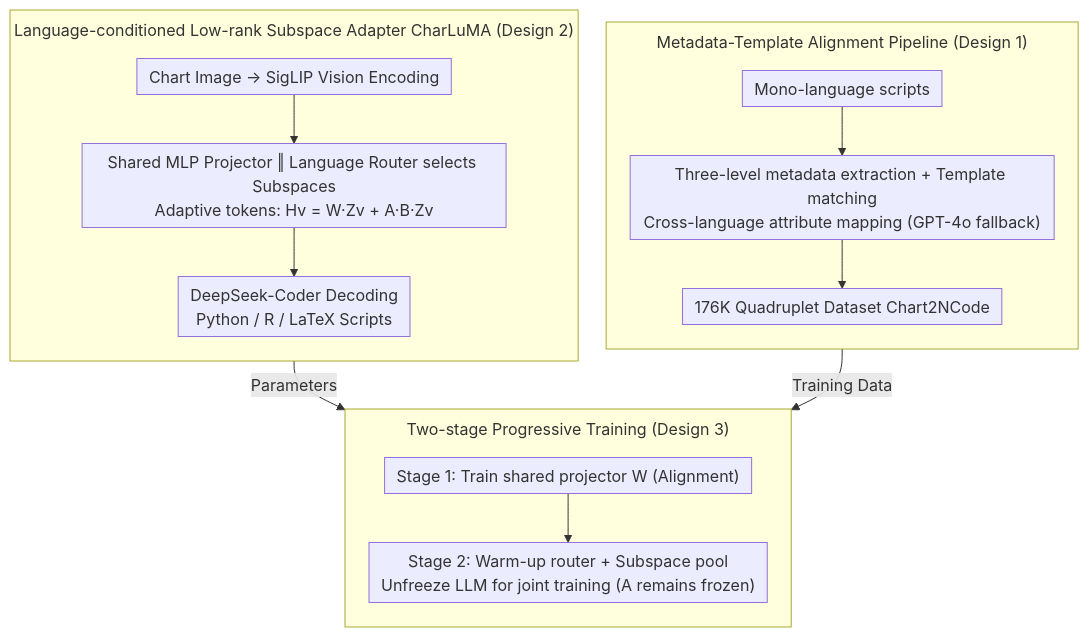
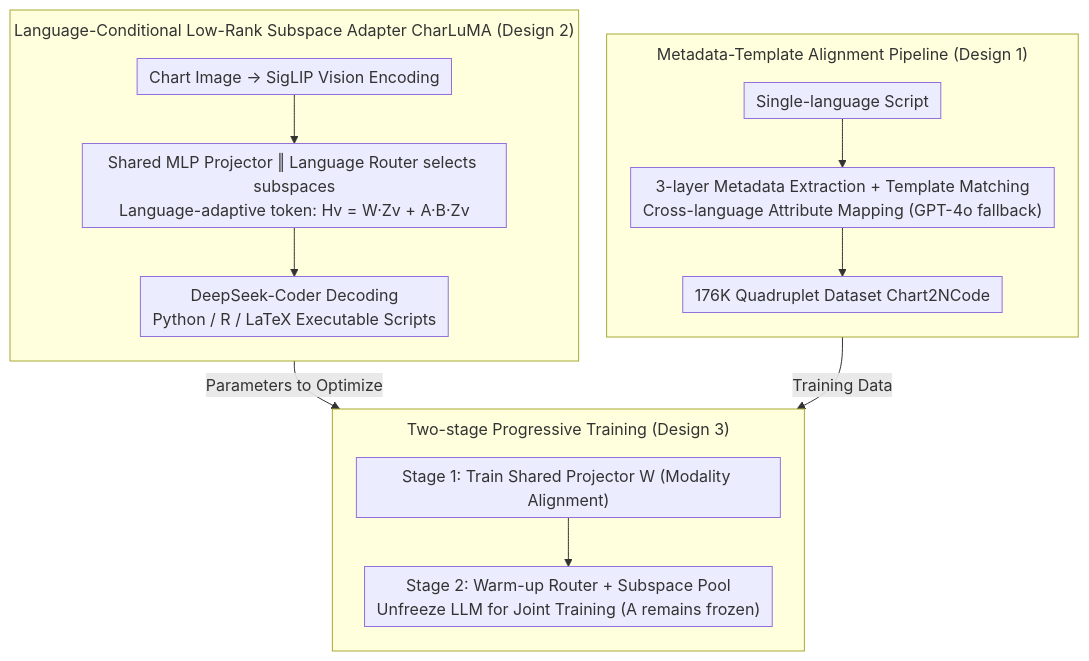
Before and after one commit to zhaoyang97/Paper-Notes-en: the diagram in docs/ACL2026/multimodal_vlm/aligned_multi-view_scripts_for_universal_chart-to-code_generation.md, drawn with Mermaid. The commit also changed other lines of this file and 5084 other files, not shown here.

````diff
--- a/docs/ACL2026/multimodal_vlm/aligned_multi-view_scripts_for_universal_chart-to-code_generation.md
+++ b/docs/ACL2026/multimodal_vlm/aligned_multi-view_scripts_for_universal_chart-to-code_generation.md
@@ -45,20 +45,20 @@
 ```mermaid
 %%{init: {'flowchart': {'rankSpacing': 24, 'nodeSpacing': 28, 'padding': 6, 'wrappingWidth': 400, 'subGraphTitleMargin': {'top': 8, 'bottom': 16}}}}%%
 flowchart TD
     subgraph DATA["Metadata-Template Alignment Pipeline (Design 1)"]
         direction TB
-        A["Mono-language scripts"] --> B["Three-level metadata extraction + Template matching<br/>Cross-language attribute mapping (GPT-4o fallback)"]
+        A["Single-language Script"] --> B["3-layer Metadata Extraction + Template Matching<br/>Cross-language Attribute Mapping (GPT-4o fallback)"]
         B --> E["176K Quadruplet Dataset Chart2NCode"]
     end
-    subgraph MODEL["Language-conditioned Low-rank Subspace Adapter CharLuMA (Design 2)"]
+    subgraph MODEL["Language-Conditional Low-Rank Subspace Adapter CharLuMA (Design 2)"]
         direction TB
-        F["Chart Image → SigLIP Vision Encoding"] --> I["Shared MLP Projector ‖ Language Router selects Subspaces<br/>Adaptive tokens: Hv = W·Zv + A·B·Zv"]
-        I --> J["DeepSeek-Coder Decoding<br/>Python / R / LaTeX Scripts"]
+        F["Chart Image → SigLIP Vision Encoding"] --> I["Shared MLP Projector ‖ Language Router selects subspaces<br/>Language-adaptive token: Hv = W·Zv + A·B·Zv"]
+        I --> J["DeepSeek-Coder Decoding<br/>Python / R / LaTeX Executable Scripts"]
     end
     subgraph TRAIN["Two-stage Progressive Training (Design 3)"]
         direction TB
-        K["Stage 1: Train shared projector W (Alignment)"] --> M["Stage 2: Warm-up router + Subspace pool<br/>Unfreeze LLM for joint training (A remains frozen)"]
+        K["Stage 1: Train Shared Projector W (Modality Alignment)"] --> M["Stage 2: Warm-up Router + Subspace Pool<br/>Unfreeze LLM for Joint Training (A remains frozen)"]
     end
     E -->|Training Data| TRAIN
-    MODEL -->|Parameters| TRAIN
+    MODEL -->|Parameters to Optimize| TRAIN
 ```
````
